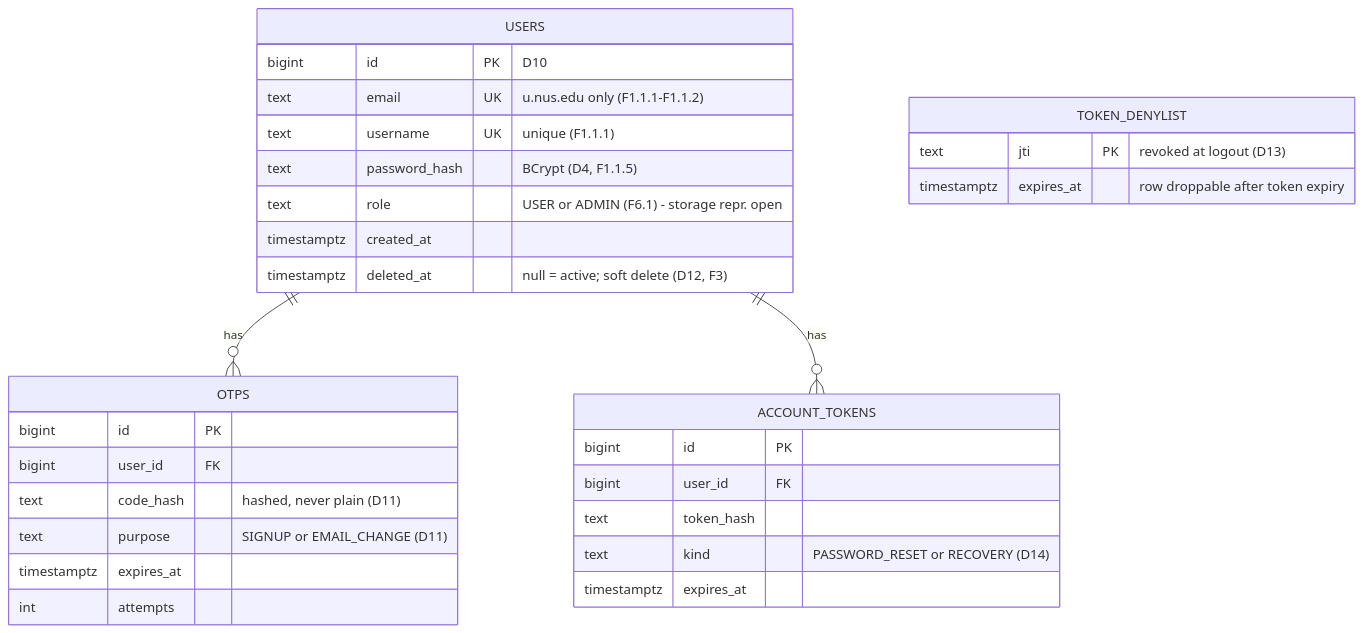
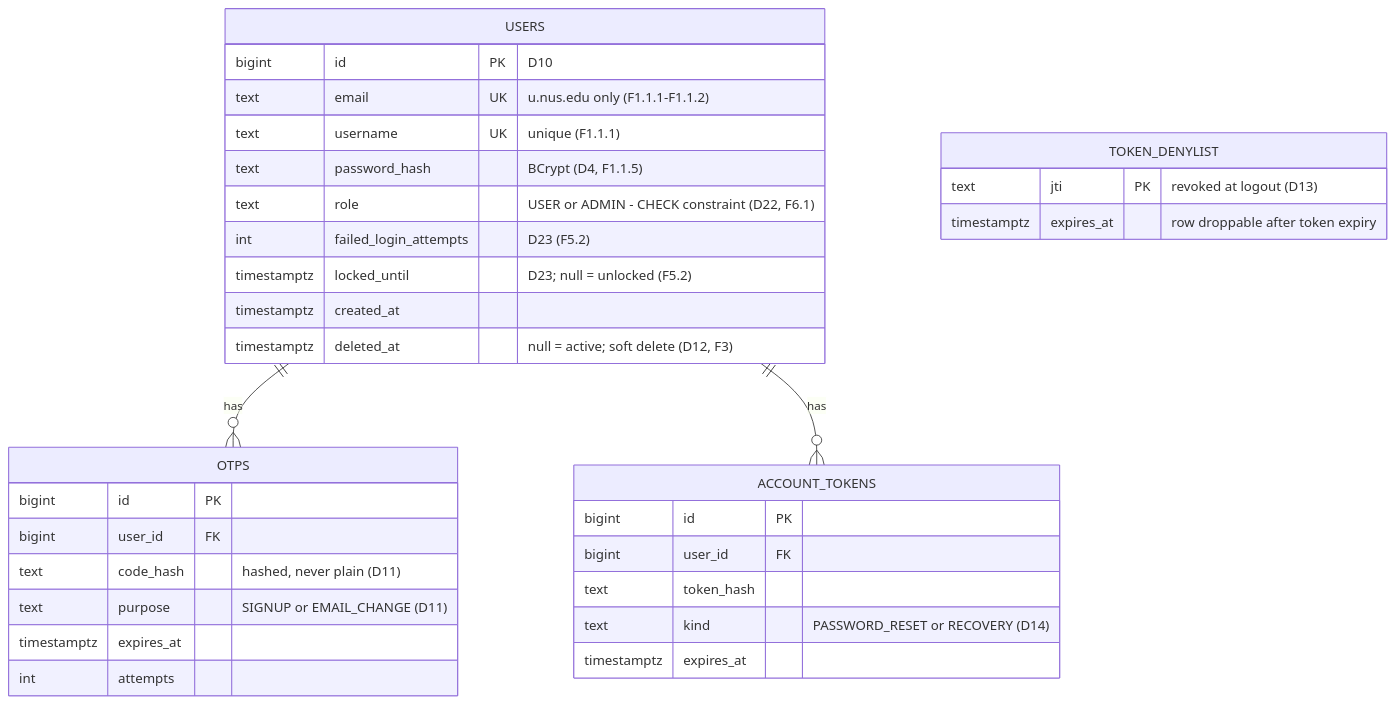
Before and after one commit to AY2627S1-CS3219-P23/foc: the fourth of 9 diagrams in docs/d2-design.md, drawn with Mermaid. The commit also changed other lines of this file and 3 other files, not shown here.

````diff
--- a/docs/d2-design.md
+++ b/docs/d2-design.md
@@ -160,33 +174,35 @@
 ```mermaid
 erDiagram
     USERS {
         bigint id PK "D10"
         text email UK "u.nus.edu only (F1.1.1-F1.1.2)"
         text username UK "unique (F1.1.1)"
         text password_hash "BCrypt (D4, F1.1.5)"
-        text role "USER or ADMIN (F6.1) - storage repr. open"
+        text role "USER or ADMIN - CHECK constraint (D22, F6.1)"
+        int failed_login_attempts "D23 (F5.2)"
+        timestamptz locked_until "D23; null = unlocked (F5.2)"
         timestamptz created_at
         timestamptz deleted_at "null = active; soft delete (D12, F3)"
     }
     OTPS {
         bigint id PK
         bigint user_id FK
         text code_hash "hashed, never plain (D11)"
         text purpose "SIGNUP or EMAIL_CHANGE (D11)"
         timestamptz expires_at
         int attempts
     }
     ACCOUNT_TOKENS {
         bigint id PK
         bigint user_id FK
         text token_hash
         text kind "PASSWORD_RESET or RECOVERY (D14)"
         timestamptz expires_at
     }
     TOKEN_DENYLIST {
         text jti PK "revoked at logout (D13)"
         timestamptz expires_at "row droppable after token expiry"
     }
     USERS ||--o{ OTPS : "has"
     USERS ||--o{ ACCOUNT_TOKENS : "has"
 ```
````
